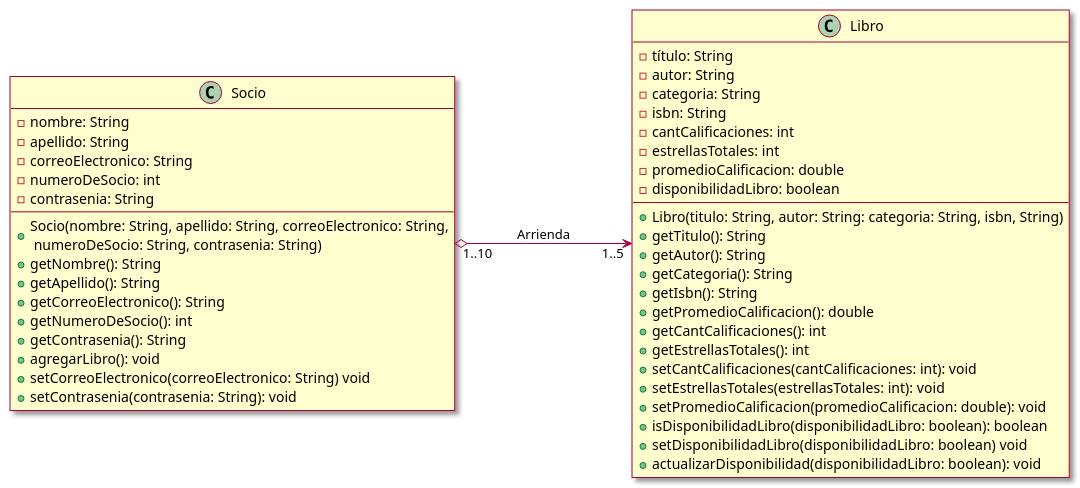
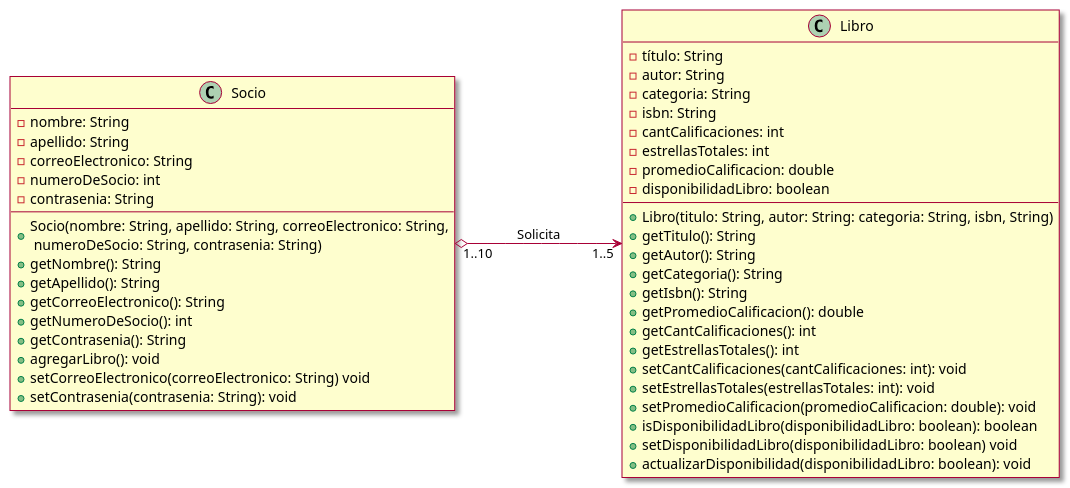
Before and after one commit to AlbertoLyons/BiblioTech: the diagram in clases.puml, drawn with PlantUML. The commit also changed 8 other files, not shown here.

```diff
--- a/clases.puml
+++ b/clases.puml
@@ -1,50 +1,50 @@
 @startuml
 left to right direction
 skin rose
 class Socio {
 -{field} nombre: String
 -{field} apellido: String
 -{field} correoElectronico: String
 -{field} numeroDeSocio: int
 -{field} contrasenia: String
 +{method} Socio(nombre: String, apellido: String, correoElectronico: String,\n numeroDeSocio: String, contrasenia: String)
 +{method} getNombre(): String
 +{method} getApellido(): String
 +{method} getCorreoElectronico(): String
 +{method} getNumeroDeSocio(): int
 +{method} getContrasenia(): String
 +{method} agregarLibro(): void
 +{method} setCorreoElectronico(correoElectronico: String) void
 +{method} setContrasenia(contrasenia: String): void
 }
 class Libro {
 -{field} título: String
 -{field} autor: String
 -{field} categoria: String
 -{field} isbn: String
 -{field} cantCalificaciones: int
 -{field} estrellasTotales: int
 -{field} promedioCalificacion: double
 -{field} disponibilidadLibro: boolean
 
 +{method} Libro(titulo: String, autor: String: categoria: String, isbn, String)
 +{method} getTitulo(): String
 +{method} getAutor(): String
 +{method} getCategoria(): String
 +{method} getIsbn(): String
 +{method} getPromedioCalificacion(): double
 +{method} getCantCalificaciones(): int
 +{method} getEstrellasTotales(): int
 +{method} setCantCalificaciones(cantCalificaciones: int): void
 +{method} setEstrellasTotales(estrellasTotales: int): void
 +{method} setPromedioCalificacion(promedioCalificacion: double): void
 +{method} isDisponibilidadLibro(disponibilidadLibro: boolean): boolean
 +{method} setDisponibilidadLibro(disponibilidadLibro: boolean) void
 +{method} actualizarDisponibilidad(disponibilidadLibro: boolean): void
 }
 
-Socio "1..10" o---> "1..5" Libro : Arrienda
+Socio "1..10" o---> "1..5" Libro : Solicita
 
 
 
 @enduml
```
